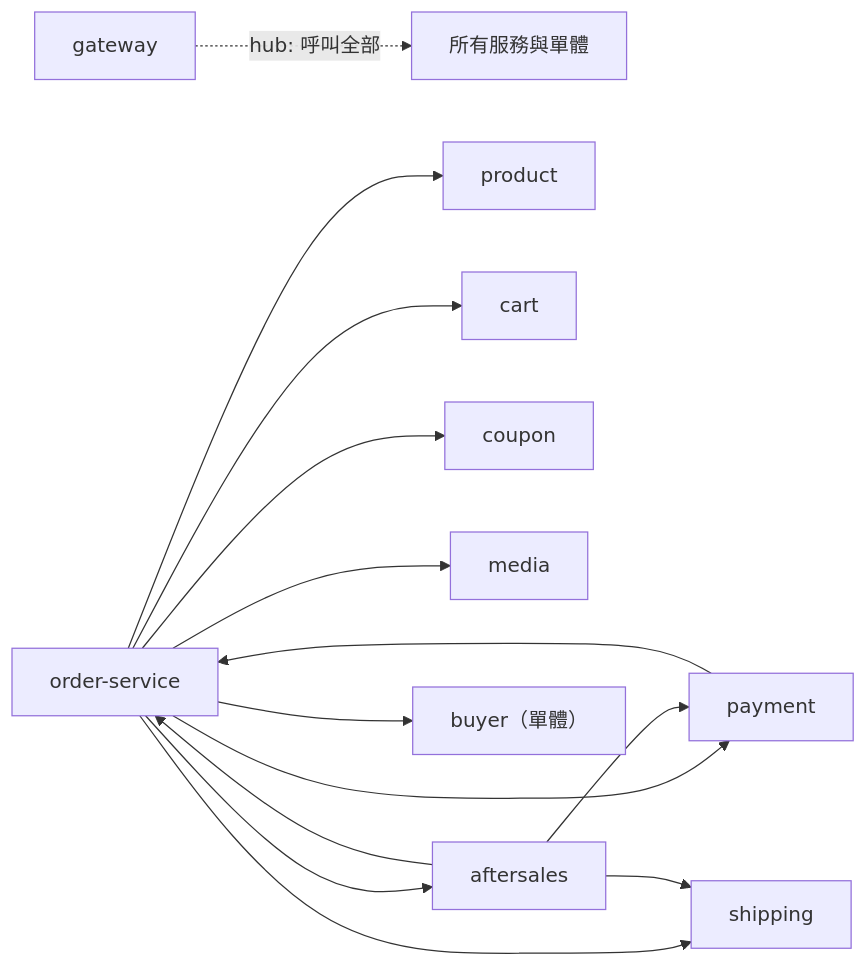
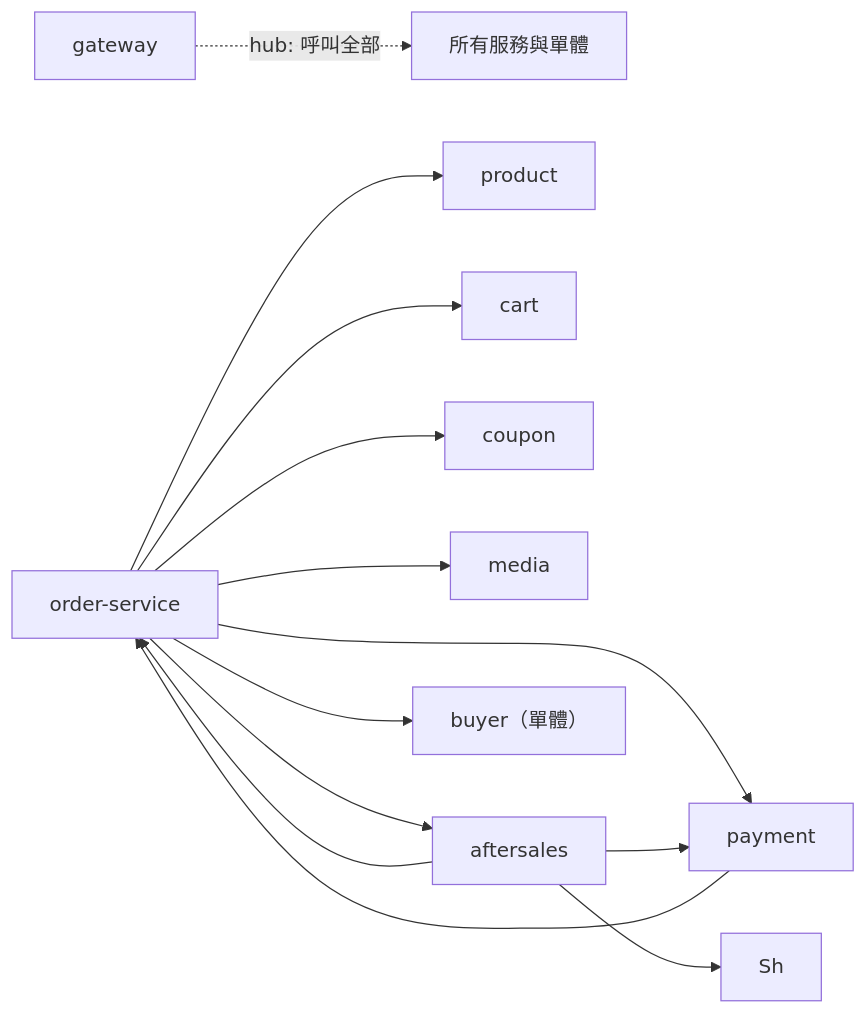
The fourth of 11 diagrams in backend/docs/基礎建設/系統架構與資料流向.md (Will413028/hawkr), drawn with Mermaid before and after one commit. The commit also changed other lines of this file and 3 other files, not shown here.

````diff
--- a/backend/docs/基礎建設/系統架構與資料流向.md
+++ b/backend/docs/基礎建設/系統架構與資料流向.md
@@ -307,16 +304,15 @@
 ```mermaid
 flowchart LR
     gw["gateway"] -.->|hub: 呼叫全部| ALL["所有服務與單體"]
     O["order-service"] --> P["product"]
     O --> Cart["cart"]
     O --> Cp["coupon"]
     O --> Pay["payment"]
-    O --> Sh["shipping"]
     O --> M["media"]
     O --> AS["aftersales"]
     O --> B["buyer（單體）"]
     Pay --> O
     AS --> O
     AS --> Pay
     AS --> Sh
 ```
````
